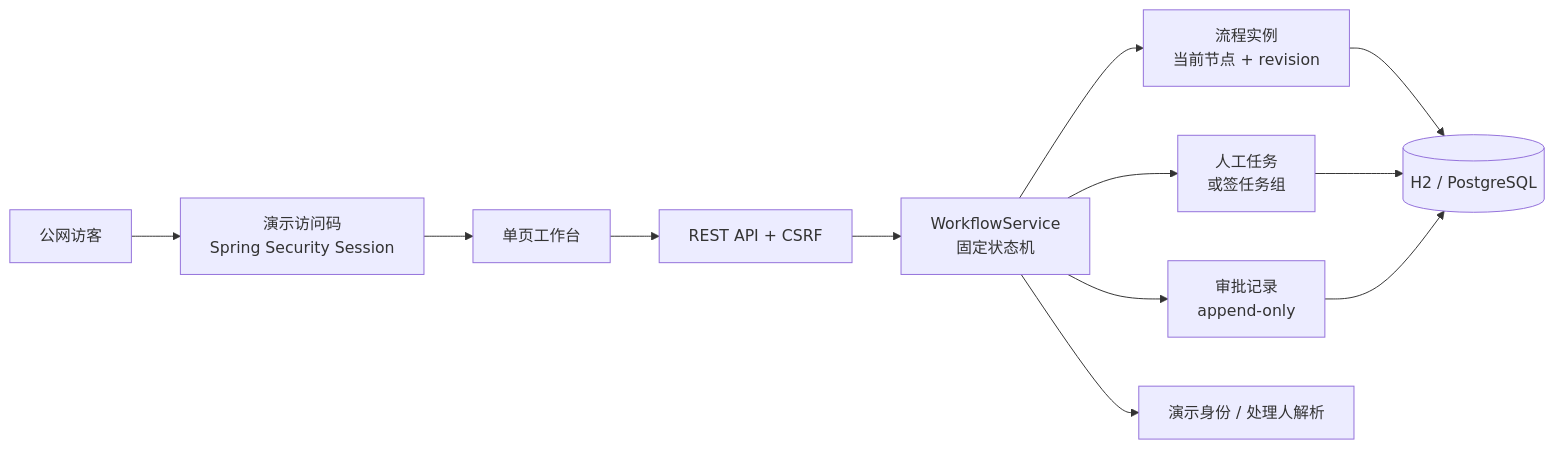
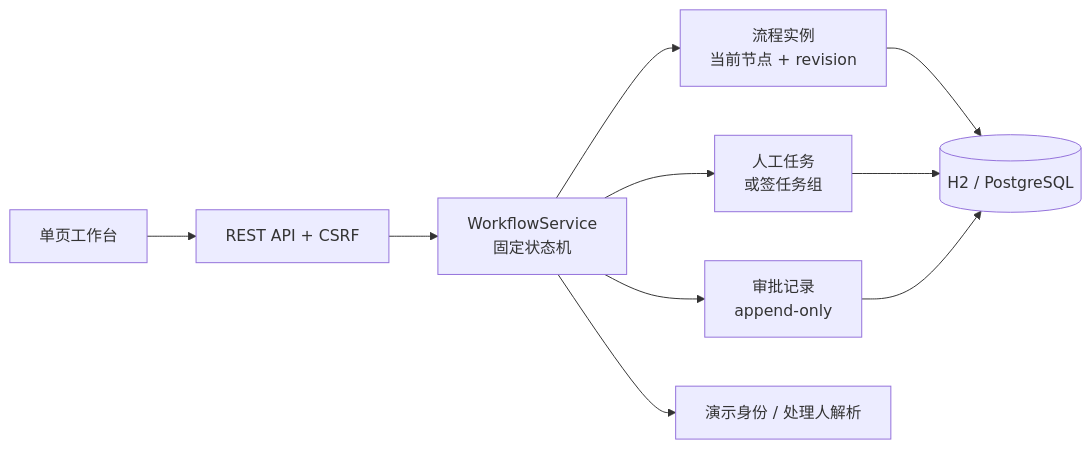
Before and after one commit to Quashy/forge-flow-demo: the first of 2 diagrams in README.md, drawn with Mermaid. The commit also changed other lines of this file, not shown here.

````diff
--- a/README.md
+++ b/README.md
@@ -37,14 +35,12 @@
 ```mermaid
 flowchart LR
-    VISITOR["公网访客"] --> AUTH["演示访问码\nSpring Security Session"]
-    AUTH --> UI["单页工作台"]
-    UI --> API["REST API + CSRF"]
+    UI["单页工作台"] --> API["REST API + CSRF"]
     API --> WF["WorkflowService\n固定状态机"]
     WF --> INSTANCE["流程实例\n当前节点 + revision"]
     WF --> TASK["人工任务\n或签任务组"]
     WF --> HISTORY["审批记录\nappend-only"]
     WF --> IDENTITY["演示身份 / 处理人解析"]
     INSTANCE --> DB[("H2 / PostgreSQL")]
     TASK --> DB
     HISTORY --> DB
 ```
````
